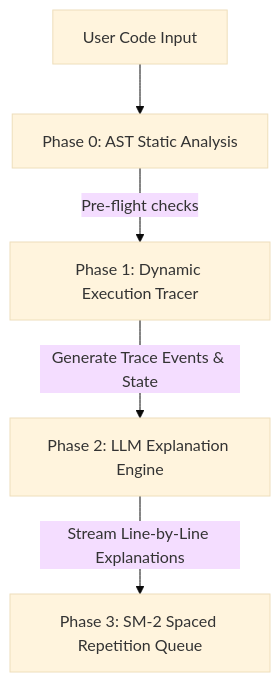
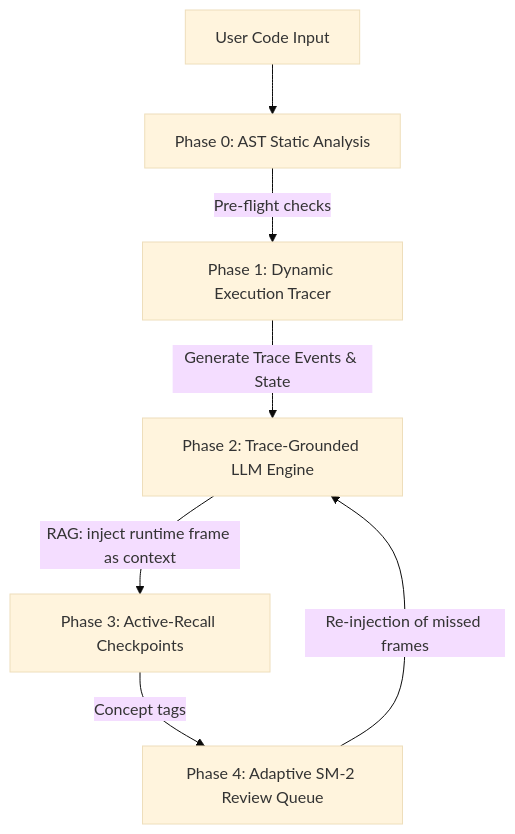
The diagram in README.md (quoctarng01/CogniTrace-AI-Tutor-for-AI-Assisted-Coding), drawn with Mermaid (base theme) before and after one commit. The commit also changed other lines of this file and 194 other files, not shown here.

````diff
--- a/README.md
+++ b/README.md
@@ -11,7 +37,9 @@
 ```mermaid
 graph TD
     A[User Code Input] --> B[Phase 0: AST Static Analysis]
     B -->|Pre-flight checks| C[Phase 1: Dynamic Execution Tracer]
-    C -->|Generate Trace Events & State| D[Phase 2: LLM Explanation Engine]
-    D -->|Stream Line-by-Line Explanations| E[Phase 3: SM-2 Spaced Repetition Queue]
+    C -->|Generate Trace Events & State| D[Phase 2: Trace-Grounded LLM Engine]
+    D -->|RAG: inject runtime frame as context| E[Phase 3: Active-Recall Checkpoints]
+    E -->|Concept tags| F[Phase 4: Adaptive SM-2 Review Queue]
+    F -->|Re-injection of missed frames| D
 ```
````
